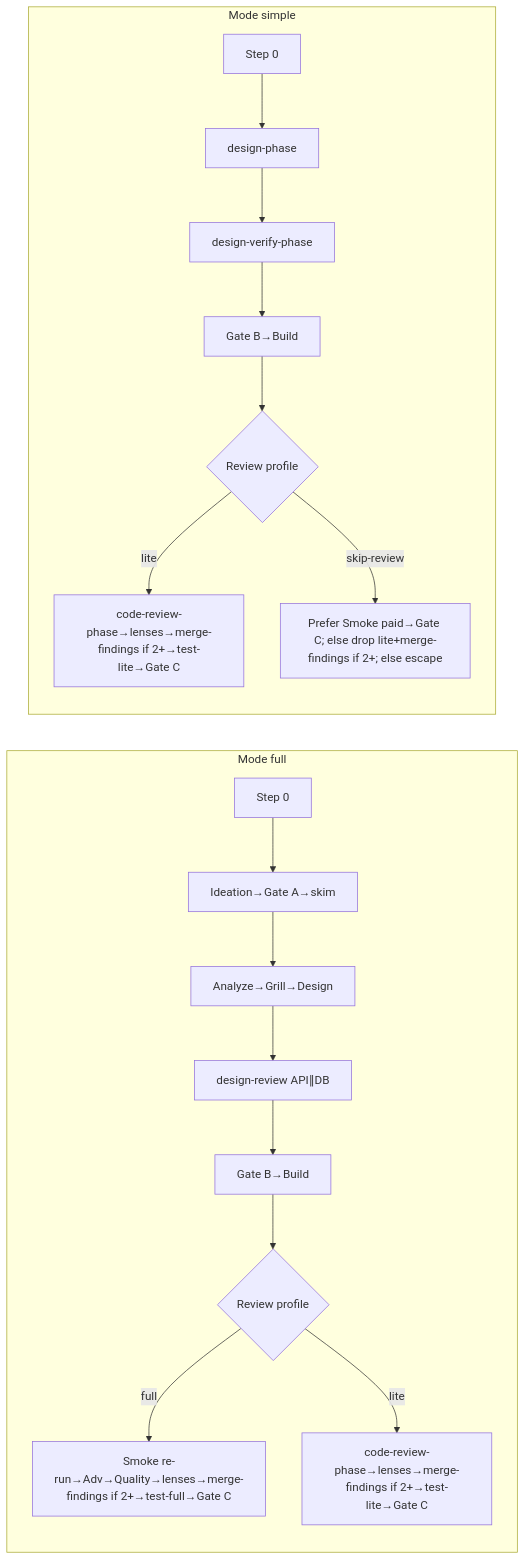
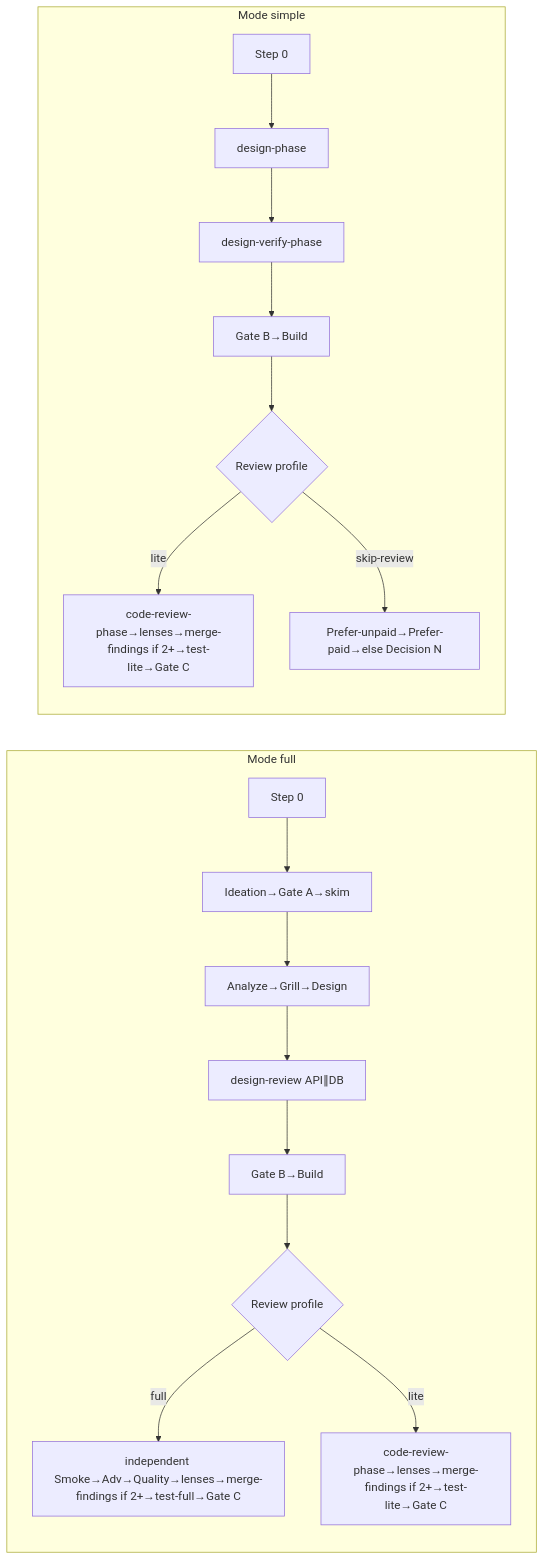
The diagram in AI/skills/my-dev-flow-v2/stages.md (ezcafe/dotfiles), drawn with Mermaid before and after one commit. The commit also changed other lines of this file and 162 other files, not shown here.

First line of the commit message:
Update 'my-dev-flow' documentation to reflect changes in cutover processes and derive-next guidelines

````diff
--- a/AI/skills/my-dev-flow-v2/stages.md
+++ b/AI/skills/my-dev-flow-v2/stages.md
@@ -30,20 +32,20 @@
 ```mermaid
 flowchart LR
   subgraph full [Mode full]
     F0[Step 0] --> F1[Ideation→Gate A→skim]
     F1 --> F2[Analyze→Grill→Design]
     F2 --> F3[design-review API∥DB]
     F3 --> F4[Gate B→Build]
     F4 --> F5{Review profile}
-    F5 -->|full| F6[Smoke re-run→Adv→Quality→lenses→merge-findings if 2+→test-full→Gate C]
+    F5 -->|full| F6[independent Smoke→Adv→Quality→lenses→merge-findings if 2+→test-full→Gate C]
     F5 -->|lite| F7[code-review-phase→lenses→merge-findings if 2+→test-lite→Gate C]
   end
   subgraph simple [Mode simple]
     S0[Step 0] --> S1[design-phase]
     S1 --> S2[design-verify-phase]
     S2 --> S3[Gate B→Build]
     S3 --> S4{Review profile}
     S4 -->|lite| S5[code-review-phase→lenses→merge-findings if 2+→test-lite→Gate C]
-    S4 -->|skip-review| S6[Prefer Smoke paid→Gate C; else drop lite+merge-findings if 2+; else escape]
+    S4 -->|skip-review| S6[Prefer-unpaid→Prefer-paid→else Decision N]
   end
 ```
````
